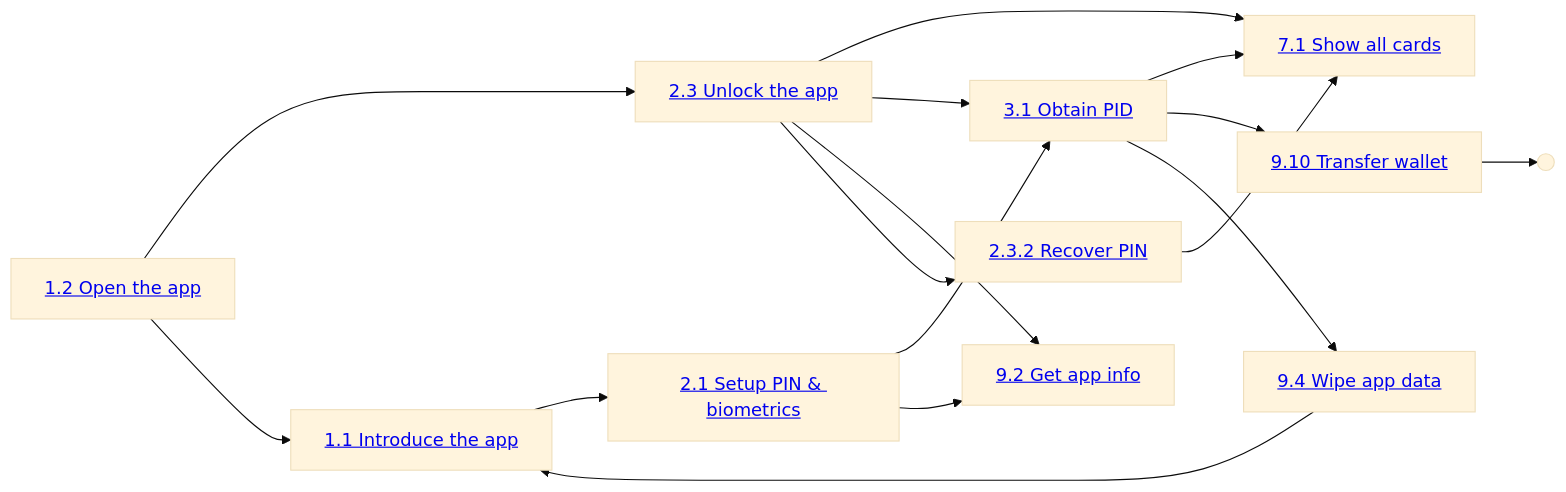
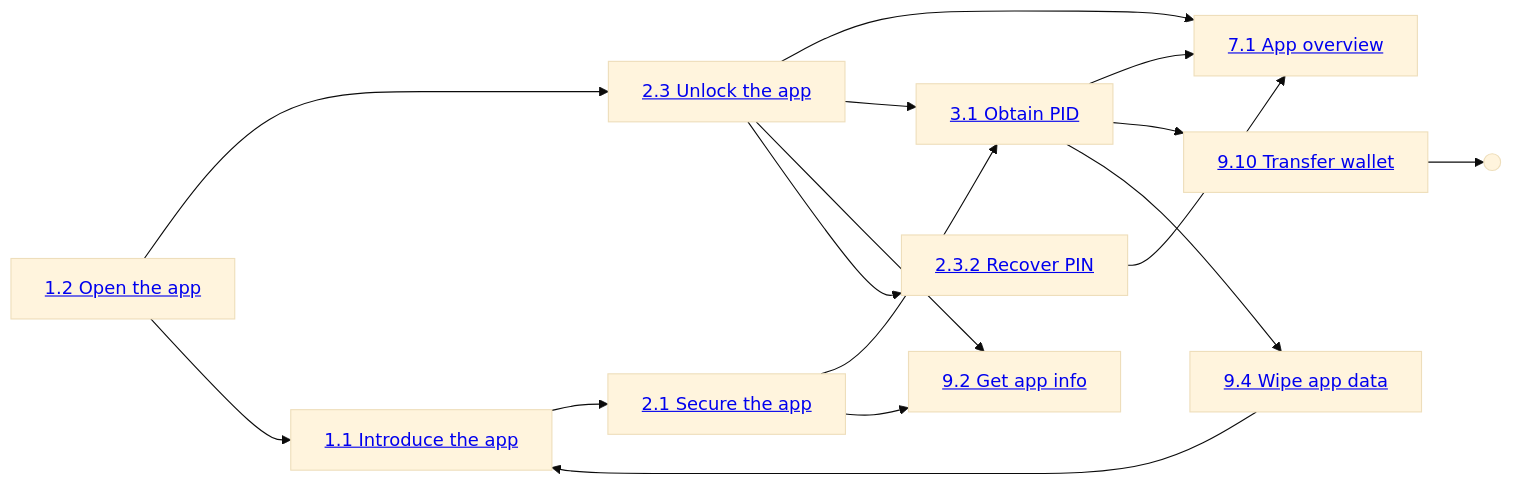
Before and after one commit to MinBZK/nl-wallet: the first of 3 diagrams in wallet_docs/functional-design/use-case-overview.md, drawn with Mermaid (base theme). The commit also changed other lines of this file and 32 other files, not shown here.

````diff
--- a/wallet_docs/functional-design/use-case-overview.md
+++ b/wallet_docs/functional-design/use-case-overview.md
@@ -13,42 +13,42 @@
 ```{mermaid}
 flowchart LR
 INTRODUCE["<a href='use-cases/UC1.1_IntroduceTheApp.html'>1.1 Introduce the app</a>"]
 OPEN["<a href='use-cases/UC1.2_OpenTheApp.html'>1.2 Open the app</a>"]
 
-SETUP_PIN["<a href='use-cases/UC2.1_SetupRemotePinAndBiometricsUnlock.html'>2.1 Setup PIN & biometrics</a>"]
+SETUP_PIN["<a href='use-cases/UC2.1_SecureTheAppWithPinAndBiometrics.html'>2.1 Secure the app</a>"]
 UNLOCK["<a href='use-cases/UC2.3_UnlockTheApp.html'>2.3 Unlock the app</a>"]
 RECOVER_PIN["<a href='use-cases/UC2.3.2_RecoverPIN.html'>2.3.2 Recover PIN</a>"]
 
 OBTAIN_PID["<a href='use-cases/UC3.1_ObtainPidFromProvider.html'>3.1 Obtain PID</a>"]
 WIPE["<a href='use-cases/UC9.4_WipeAllAppData.html'>9.4 Wipe app data</a>"]
 
-ALL_CARDS["<a href='use-cases/UC7.1_ShowAllAvailableCards.html'>7.1 Show all cards</a>"]
+ALL_CARDS["<a href='use-cases/UC7.1_AppOverview.html'>7.1 App overview</a>"]
 TRANSFER["<a href='use-cases/UC9.10_TransferWallet.html'>9.10 Transfer wallet</a>"]
 END((" "))
 
 APP_INFO["<a href='use-cases/UC9.2_GetAppInformation.html'>9.2 Get app info</a>"]
 
 OPEN --> UNLOCK
 OPEN --> INTRODUCE
 
 UNLOCK --> ALL_CARDS
 UNLOCK --> OBTAIN_PID
 UNLOCK --> APP_INFO
 UNLOCK --> RECOVER_PIN
 
 INTRODUCE --> SETUP_PIN
 
 OBTAIN_PID --> ALL_CARDS
 OBTAIN_PID --> TRANSFER
 OBTAIN_PID --> WIPE
 
 WIPE --> INTRODUCE
 
 TRANSFER --> END
 
 RECOVER_PIN --> ALL_CARDS
 
 SETUP_PIN --> OBTAIN_PID
 SETUP_PIN --> APP_INFO
 
 ```
````
